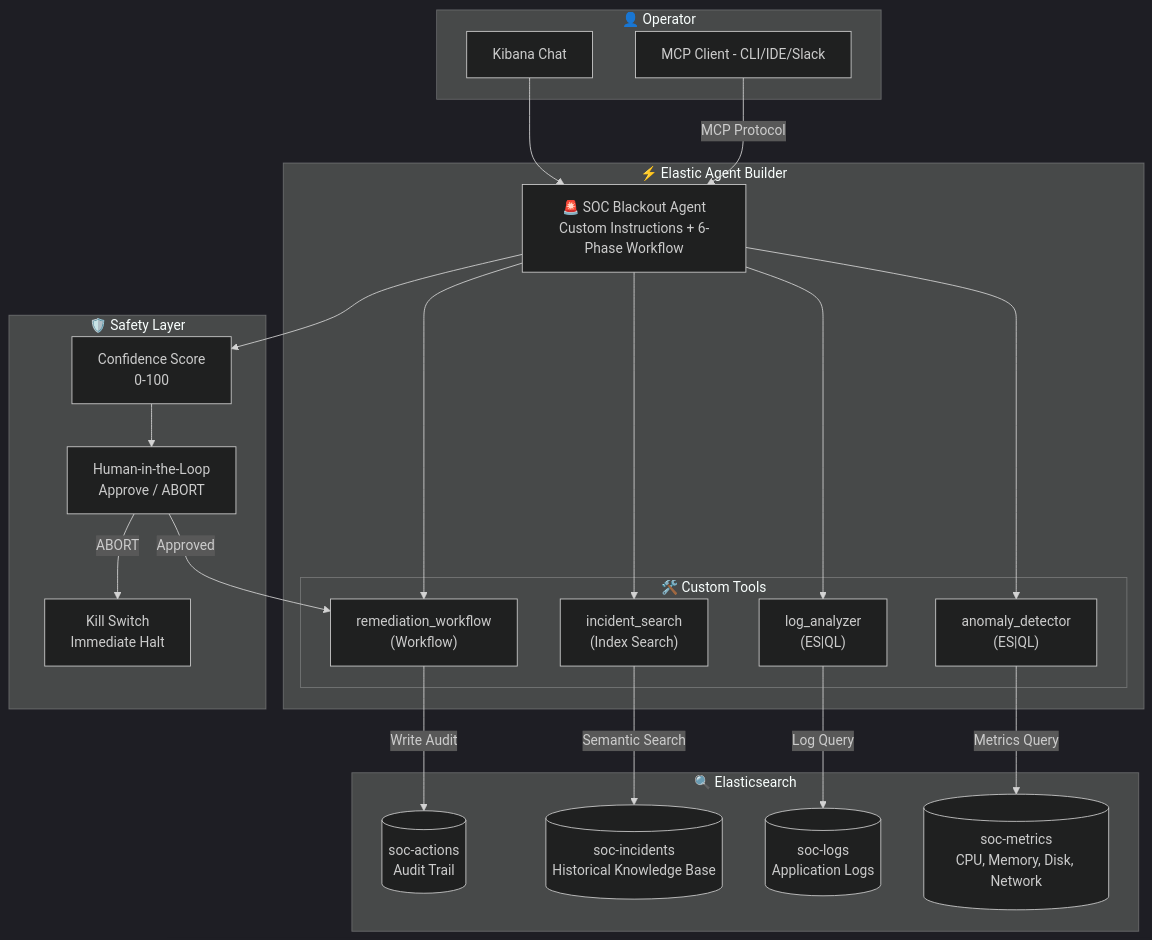
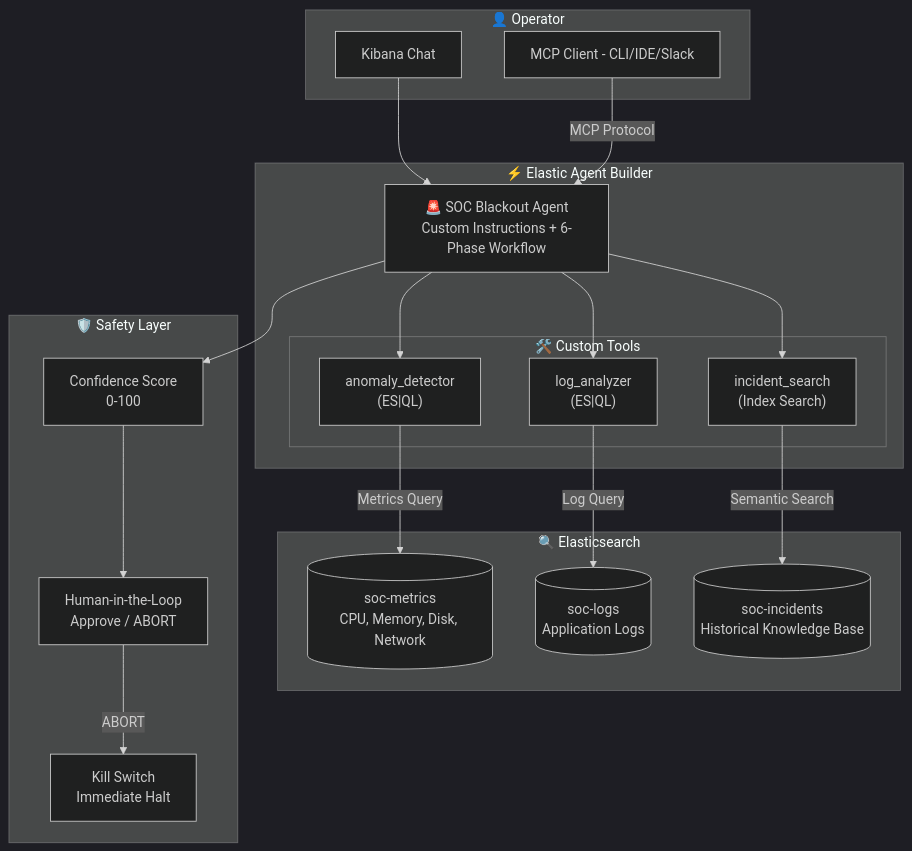
Before and after one commit to Elbrak17/soc-blackout: the first of 2 diagrams in docs/architecture.md, drawn with Mermaid (dark theme). The commit also changed other lines of this file and 5 other files, not shown here.

First line of the commit message:
refactor: remove remediation_workflow — agent handles post-mortem inline

````diff
--- a/docs/architecture.md
+++ b/docs/architecture.md
@@ -5,49 +5,44 @@
 ```mermaid
 flowchart TD
     subgraph User["👤 Operator"]
         KC[Kibana Chat]
         MCP_C[MCP Client - CLI/IDE/Slack]
     end
 
     subgraph AgentBuilder["⚡ Elastic Agent Builder"]
         AGENT["🚨 SOC Blackout Agent<br/>Custom Instructions + 6-Phase Workflow"]
 
         subgraph Tools["🛠️ Custom Tools"]
             T1["anomaly_detector<br/>(ES|QL)"]
             T2["log_analyzer<br/>(ES|QL)"]
             T3["incident_search<br/>(Index Search)"]
-            T4["remediation_workflow<br/>(Workflow)"]
         end
     end
 
     subgraph Elasticsearch["🔍 Elasticsearch"]
         I1[("soc-metrics<br/>CPU, Memory, Disk, Network")]
         I2[("soc-logs<br/>Application Logs")]
         I3[("soc-incidents<br/>Historical Knowledge Base")]
-        I4[("soc-actions<br/>Audit Trail")]
     end
 
     subgraph Safety["🛡️ Safety Layer"]
         CS["Confidence Score<br/>0-100"]
         HIL["Human-in-the-Loop<br/>Approve / ABORT"]
         KS["Kill Switch<br/>Immediate Halt"]
     end
 
     KC --> AGENT
     MCP_C -->|MCP Protocol| AGENT
 
     AGENT --> T1
     AGENT --> T2
     AGENT --> T3
-    AGENT --> T4
 
     T1 -->|Metrics Query| I1
     T2 -->|Log Query| I2
     T3 -->|Semantic Search| I3
-    T4 -->|Write Audit| I4
 
     AGENT --> CS
     CS --> HIL
-    HIL -->|Approved| T4
     HIL -->|ABORT| KS
 ```
````
